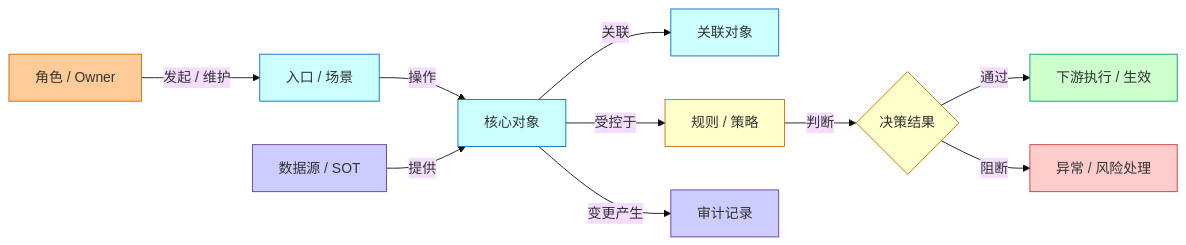
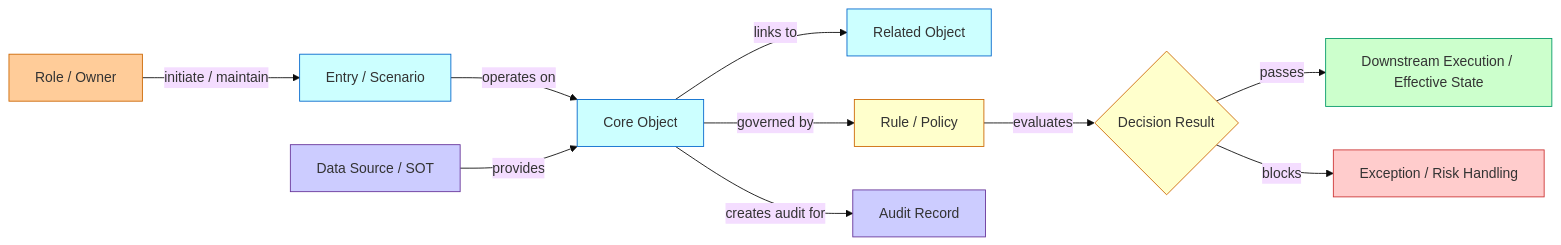
One commit to xyjunco/junco-skill changed the first of 4 diagrams in references/prd-template.md. Above: the diagram before and after it, drawn with Mermaid (base theme). The commit also changed other lines of this file and 6 other files, not shown here.

````diff
--- a/references/prd-template.md
+++ b/references/prd-template.md
@@ -133,27 +133,27 @@
 ```mermaid
 graph LR
-  Actor["角色 / Owner"] -- "发起 / 维护" --> Entry["入口 / 场景"]
-  Entry -- "操作" --> Core["核心对象"]
-  Core -- "关联" --> Related["关联对象"]
-  Data["数据源 / SOT"] -- "提供" --> Core
-  Core -- "受控于" --> Rule["规则 / 策略"]
-  Rule -- "判断" --> Decision{"决策结果"}
-  Decision -- "通过" --> Runtime["下游执行 / 生效"]
-  Decision -- "阻断" --> Risk["异常 / 风险处理"]
-  Core -- "变更产生" --> Audit["审计记录"]
+  Actor["Role / Owner"] -- "initiate / maintain" --> Entry["Entry / Scenario"]
+  Entry -- "operates on" --> Core["Core Object"]
+  Core -- "links to" --> Related["Related Object"]
+  Data["Data Source / SOT"] -- "provides" --> Core
+  Core -- "governed by" --> Rule["Rule / Policy"]
+  Rule -- "evaluates" --> Decision{"Decision Result"}
+  Decision -- "passes" --> Runtime["Downstream Execution / Effective State"]
+  Decision -- "blocks" --> Risk["Exception / Risk Handling"]
+  Core -- "creates audit for" --> Audit["Audit Record"]
 
   class Actor actor;
   class Entry,Core,Related core;
   class Data,Audit data;
   class Rule,Decision control;
   class Runtime runtime;
   class Risk risk;
 
   classDef actor fill:#FFCC99,stroke:#CC6600,color:#333333;
   classDef core fill:#CCFFFF,stroke:#0066CC,color:#333333;
   classDef runtime fill:#CCFFCC,stroke:#009966,color:#333333;
   classDef control fill:#FFFFCC,stroke:#CC6600,color:#333333;
   classDef data fill:#CCCCFF,stroke:#663399,color:#333333;
   classDef risk fill:#FFCCCC,stroke:#CC3333,color:#333333;
   classDef neutral fill:#FFFFFF,stroke:#999999,color:#333333;
 ```
````
